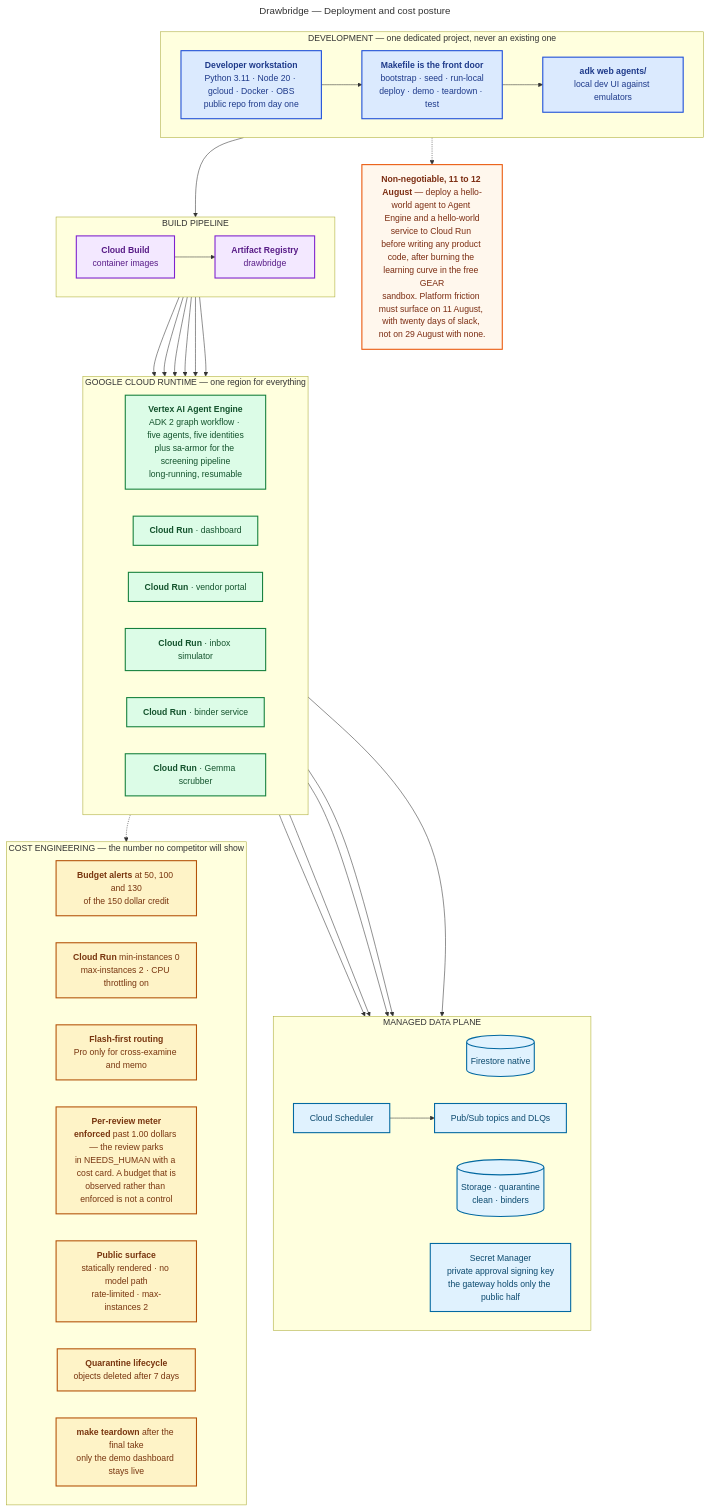
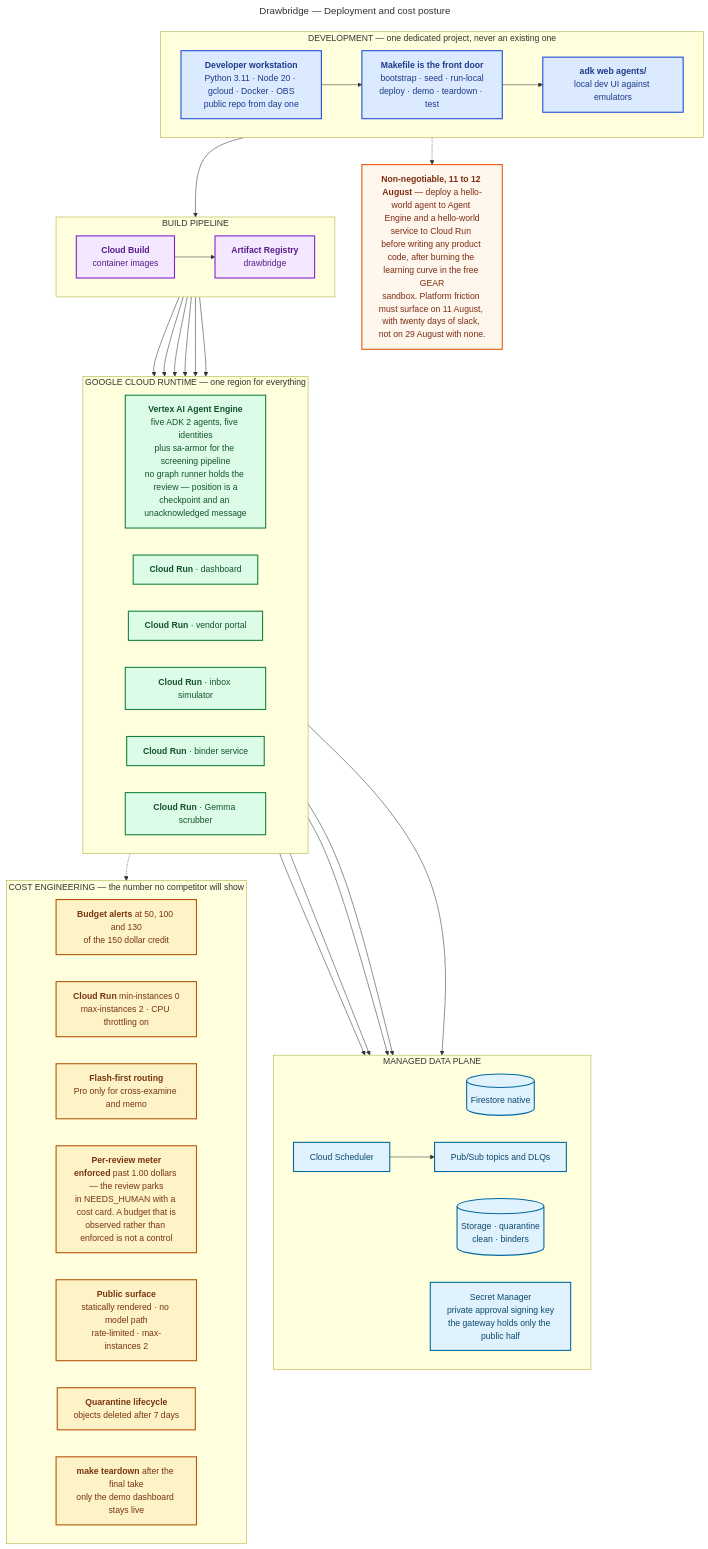
The diagram in docs/diagrams/src/14-deployment-architecture.mmd (edish-github/Drawbridge), drawn with Mermaid before and after one commit. The commit also changed 12 other files, not shown here.

```diff
--- a/docs/diagrams/src/14-deployment-architecture.mmd
+++ b/docs/diagrams/src/14-deployment-architecture.mmd
@@ -1,79 +1,79 @@
 ---
 title: "Drawbridge — Deployment and cost posture"
 ---
 flowchart TB
   subgraph DEV["DEVELOPMENT — one dedicated project, never an existing one"]
     direction LR
     WS["<b>Developer workstation</b><br/>Python 3.11 · Node 20 · gcloud · Docker · OBS<br/>public repo from day one"]
     MAKE["<b>Makefile is the front door</b><br/>bootstrap · seed · run-local<br/>deploy · demo · teardown · test"]
     ADK["<b>adk web agents/</b><br/>local dev UI against emulators"]
   end
 
   subgraph BUILD["BUILD PIPELINE"]
     direction LR
     CB["<b>Cloud Build</b><br/>container images"]
     AR["<b>Artifact Registry</b><br/>drawbridge"]
   end
 
   subgraph RUNTIME["GOOGLE CLOUD RUNTIME — one region for everything"]
     direction LR
-    AE["<b>Vertex AI Agent Engine</b><br/>ADK 2 graph workflow · five agents, five identities<br/>plus sa-armor for the screening pipeline<br/>long-running, resumable"]
+    AE["<b>Vertex AI Agent Engine</b><br/>five ADK 2 agents, five identities<br/>plus sa-armor for the screening pipeline<br/>no graph runner holds the review — position is a<br/>checkpoint and an unacknowledged message"]
     CR1["<b>Cloud Run</b> · dashboard"]
     CR2["<b>Cloud Run</b> · vendor portal"]
     CR3["<b>Cloud Run</b> · inbox simulator"]
     CR4["<b>Cloud Run</b> · binder service"]
     CR5["<b>Cloud Run</b> · Gemma scrubber"]
   end
 
   subgraph DATA["MANAGED DATA PLANE"]
     direction LR
     FS[("Firestore native")]
     GCS[("Storage · quarantine<br/>clean · binders")]
     PS["Pub/Sub topics and DLQs"]
     SM["Secret Manager<br/>private approval signing key<br/>the gateway holds only the public half"]
     SCH["Cloud Scheduler"]
   end
 
   subgraph COST["COST ENGINEERING — the number no competitor will show"]
     direction LR
     BA["<b>Budget alerts</b> at 50, 100 and 130<br/>of the 150 dollar credit"]
     MIN["<b>Cloud Run</b> min-instances 0<br/>max-instances 2 · CPU throttling on"]
     ROUTE["<b>Flash-first routing</b><br/>Pro only for cross-examine and memo"]
     METER["<b>Per-review meter</b><br/><b>enforced</b> past 1.00 dollars — the review parks<br/>in NEEDS_HUMAN with a cost card. A budget that is<br/>observed rather than enforced is not a control"]
     PUBSAFE["<b>Public surface</b><br/>statically rendered · no model path<br/>rate-limited · max-instances 2"]
     LIFECYCLE["<b>Quarantine lifecycle</b><br/>objects deleted after 7 days"]
     TD["<b>make teardown</b> after the final take<br/>only the demo dashboard stays live"]
   end
 
   WS --> MAKE
   MAKE --> ADK
   MAKE --> CB --> AR
   AR --> AE
   AR --> CR1
   AR --> CR2
   AR --> CR3
   AR --> CR4
   AR --> CR5
   AE --> FS
   AE --> PS
   CR2 --> GCS
   CR4 --> GCS
   AE --> SM
   SCH --> PS
   RUNTIME -.-> COST
 
   DAY1["<b>Non-negotiable, 11 to 12 August</b> — deploy a hello-world agent to Agent Engine and a hello-world<br/>service to Cloud Run before writing any product code, after burning the learning curve in the free GEAR<br/>sandbox. Platform friction must surface on 11 August, with twenty days of slack, not on 29 August with none."]
   DEV -.-> DAY1
 
   classDef dev fill:#dbeafe,stroke:#1d4ed8,stroke-width:2px,color:#1e3a8a
   classDef build fill:#f3e8ff,stroke:#7e22ce,stroke-width:2px,color:#581c87
   classDef run fill:#dcfce7,stroke:#15803d,stroke-width:2px,color:#14532d
   classDef data fill:#e0f2fe,stroke:#0369a1,stroke-width:2px,color:#0c4a6e
   classDef cost fill:#fef3c7,stroke:#b45309,stroke-width:2px,color:#78350f
   classDef note fill:#fff7ed,stroke:#ea580c,stroke-width:2px,color:#7c2d12
   class WS,MAKE,ADK dev
   class CB,AR build
   class AE,CR1,CR2,CR3,CR4,CR5 run
   class FS,GCS,PS,SM,SCH data
   class BA,MIN,ROUTE,METER,TD,PUBSAFE,LIFECYCLE cost
   class DAY1 note
```
